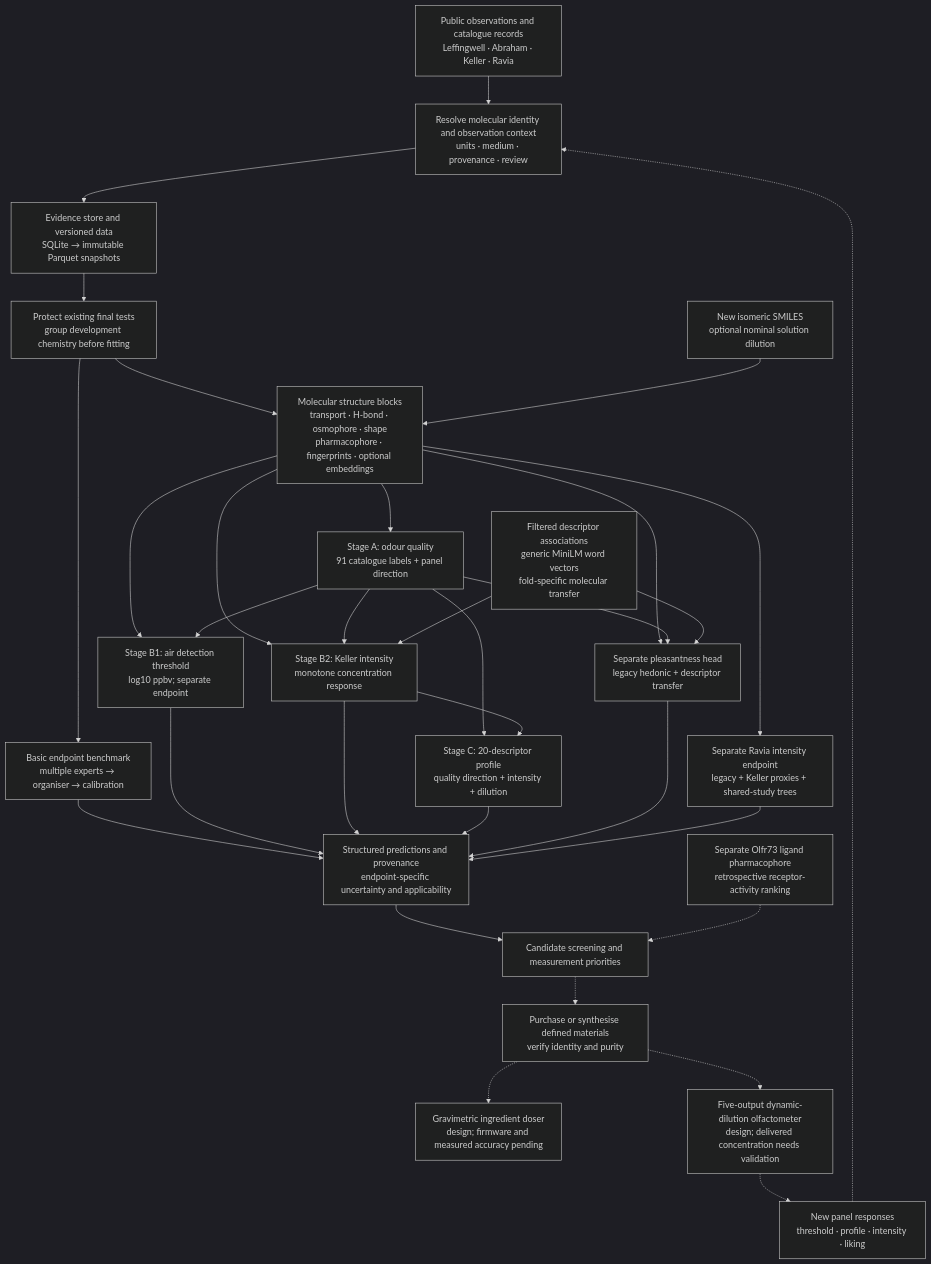
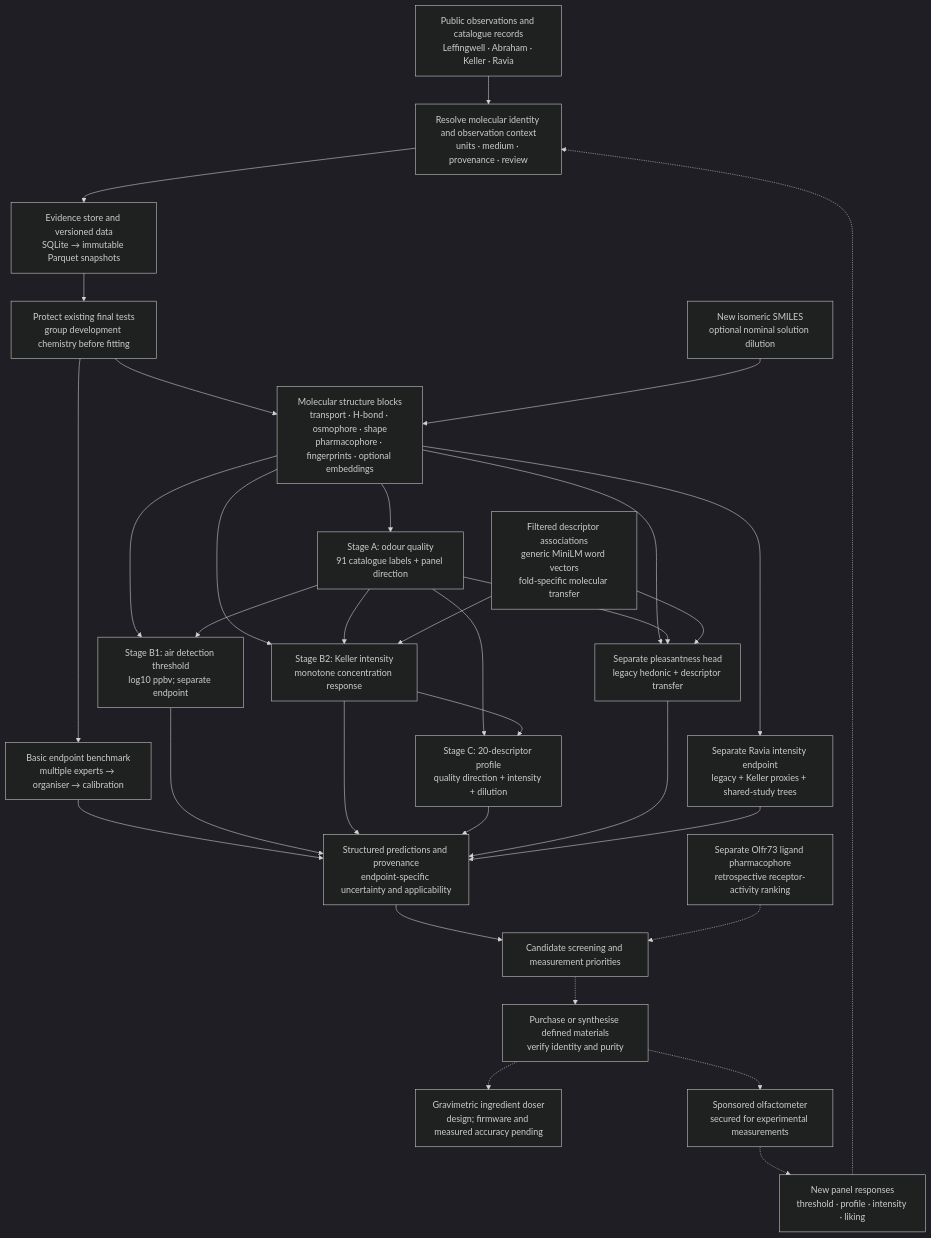
Before and after one commit to alexanderh2seo4/CalNew: the diagram in reports/project-map-2026-10-26/diagram-01.mmd, drawn with Mermaid (dark theme). The commit also changed 25 other files, not shown here.

Commit message:
Retire DIY olfactometer plans after sponsored instrument secured

```diff
--- a/reports/project-map-2026-10-26/diagram-01.mmd
+++ b/reports/project-map-2026-10-26/diagram-01.mmd
@@ -1,32 +1,32 @@
 flowchart TD
   SOURCES["Public observations and catalogue records<br/>Leffingwell · Abraham · Keller · Ravia"] --> CURATE["Resolve molecular identity and observation context<br/>units · medium · provenance · review"]
   CURATE --> STORE["Evidence store and versioned data<br/>SQLite → immutable Parquet snapshots"]
   STORE --> SPLIT["Protect existing final tests<br/>group development chemistry before fitting"]
   SPLIT --> BASIC["Basic endpoint benchmark<br/>multiple experts → organiser → calibration"]
   SPLIT --> BLOCKS["Molecular structure blocks<br/>transport · H-bond · osmophore · shape<br/>pharmacophore · fingerprints · optional embeddings"]
   INPUT["New isomeric SMILES<br/>optional nominal solution dilution"] --> BLOCKS
   BLOCKS --> A["Stage A: odour quality<br/>91 catalogue labels + panel direction"]
   BLOCKS --> B1["Stage B1: air detection threshold<br/>log10 ppbv; separate endpoint"]
   BLOCKS --> B2["Stage B2: Keller intensity<br/>monotone concentration response"]
   A --> B1
   A --> B2
   A --> C["Stage C: 20-descriptor profile<br/>quality direction + intensity + dilution"]
   B2 --> C
   BLOCKS --> H["Separate pleasantness head<br/>legacy hedonic + descriptor transfer"]
   A --> H
   TRANSFER["Filtered descriptor associations<br/>generic MiniLM word vectors<br/>fold-specific molecular transfer"] --> B2
   TRANSFER --> H
   BLOCKS --> R["Separate Ravia intensity endpoint<br/>legacy + Keller proxies + shared-study trees"]
   BASIC --> OUTPUT["Structured predictions and provenance<br/>endpoint-specific uncertainty and applicability"]
   B1 --> OUTPUT
   B2 --> OUTPUT
   C --> OUTPUT
   H --> OUTPUT
   R --> OUTPUT
   OUTPUT --> SELECT["Candidate screening and measurement priorities"]
   SELECT -.-> MATERIAL["Purchase or synthesise defined materials<br/>verify identity and purity"]
   MATERIAL -.-> DOSER["Gravimetric ingredient doser<br/>design; firmware and measured accuracy pending"]
-  MATERIAL -.-> OLFACT["Five-output dynamic-dilution olfactometer<br/>design; delivered concentration needs validation"]
+  MATERIAL -.-> OLFACT["Sponsored olfactometer<br/>secured for experimental measurements"]
   OLFACT -.-> PANEL["New panel responses<br/>threshold · profile · intensity · liking"]
   PANEL -.-> CURATE
   PH4["Separate Olfr73 ligand pharmacophore<br/>retrospective receptor-activity ranking"] -.-> SELECT
```
